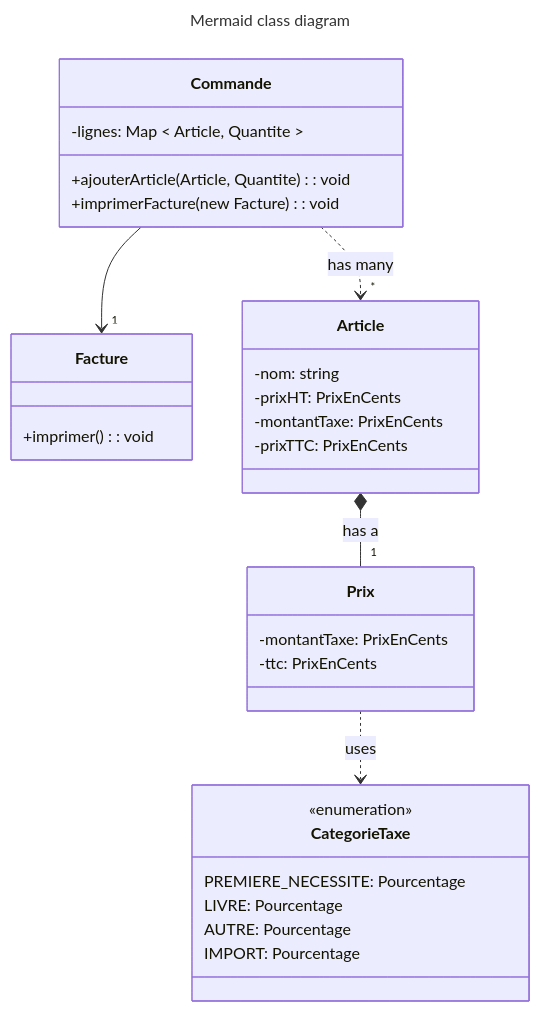
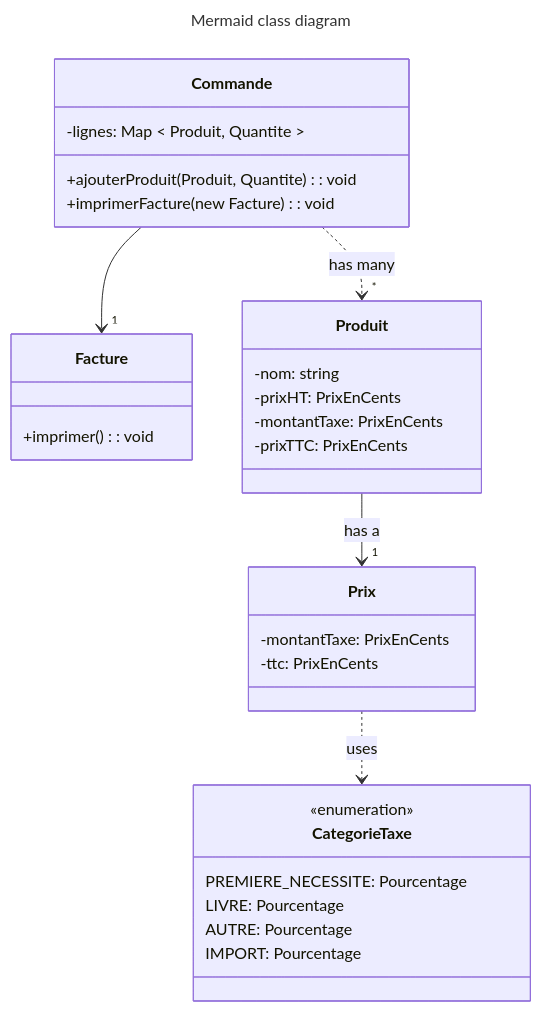
Before and after one commit to Pefington/adv-oop: the diagram in README.md, drawn with Mermaid. The commit also changed 5 other files, not shown here.

Commit message:
Revert to Produit from Article

````diff
--- a/README.md
+++ b/README.md
@@ -3,40 +3,40 @@
 ```mermaid
 ---
 title: Mermaid class diagram
 ---
 classDiagram
   Commande --> "1" Facture
-  Commande ..> "*" Article : has many
-  Article *-- "1" Prix : has a
+  Commande ..> "*" Produit : has many
+  Produit --> "1" Prix : has a
   Prix ..> CategorieTaxe : uses
 
   class Commande {
-    -lignes: Map < Article, Quantite >
-    +ajouterArticle(Article, Quantite): void
+    -lignes: Map < Produit, Quantite >
+    +ajouterProduit(Produit, Quantite): void
     +imprimerFacture(new Facture): void
   }
 
   class Facture {
     +imprimer(): void
   }
 
-  class Article {
+  class Produit {
     -nom: string
     -prixHT: PrixEnCents
     -montantTaxe: PrixEnCents
     -prixTTC: PrixEnCents
   }
 
   class Prix {
     -montantTaxe: PrixEnCents
     -ttc: PrixEnCents
   }
 
   class CategorieTaxe {
     <<enumeration>>
     PREMIERE_NECESSITE: Pourcentage
     LIVRE: Pourcentage
     AUTRE: Pourcentage
     IMPORT: Pourcentage
   }
 ```
````
